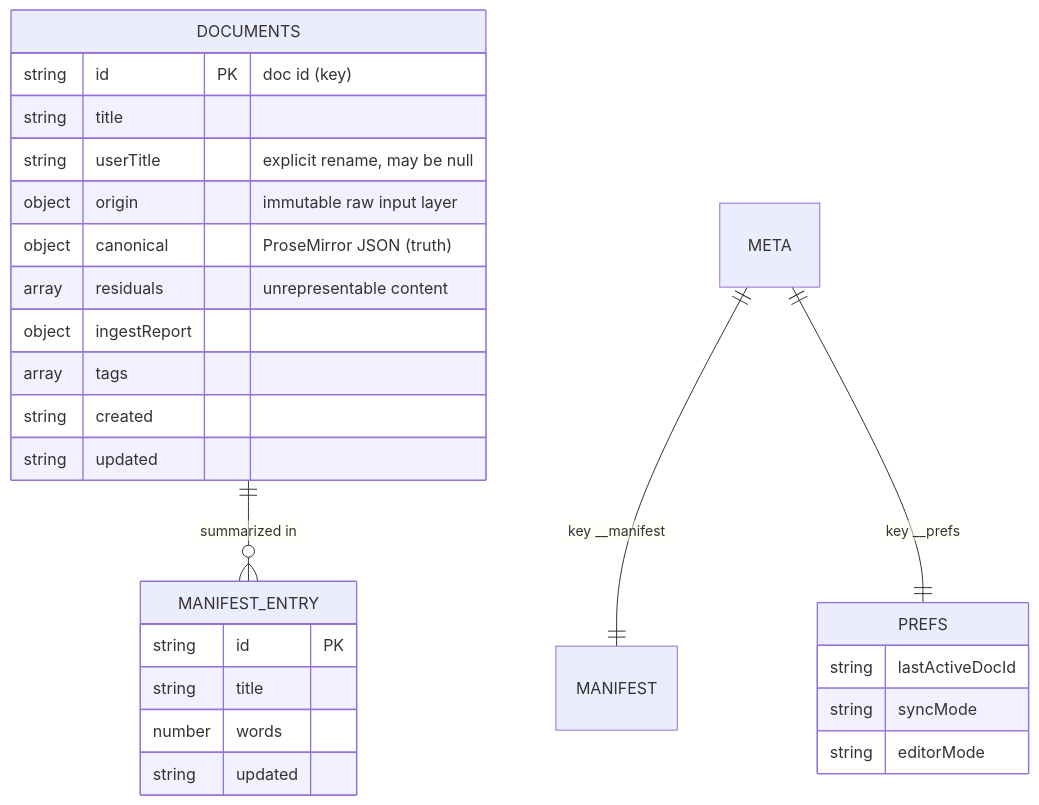
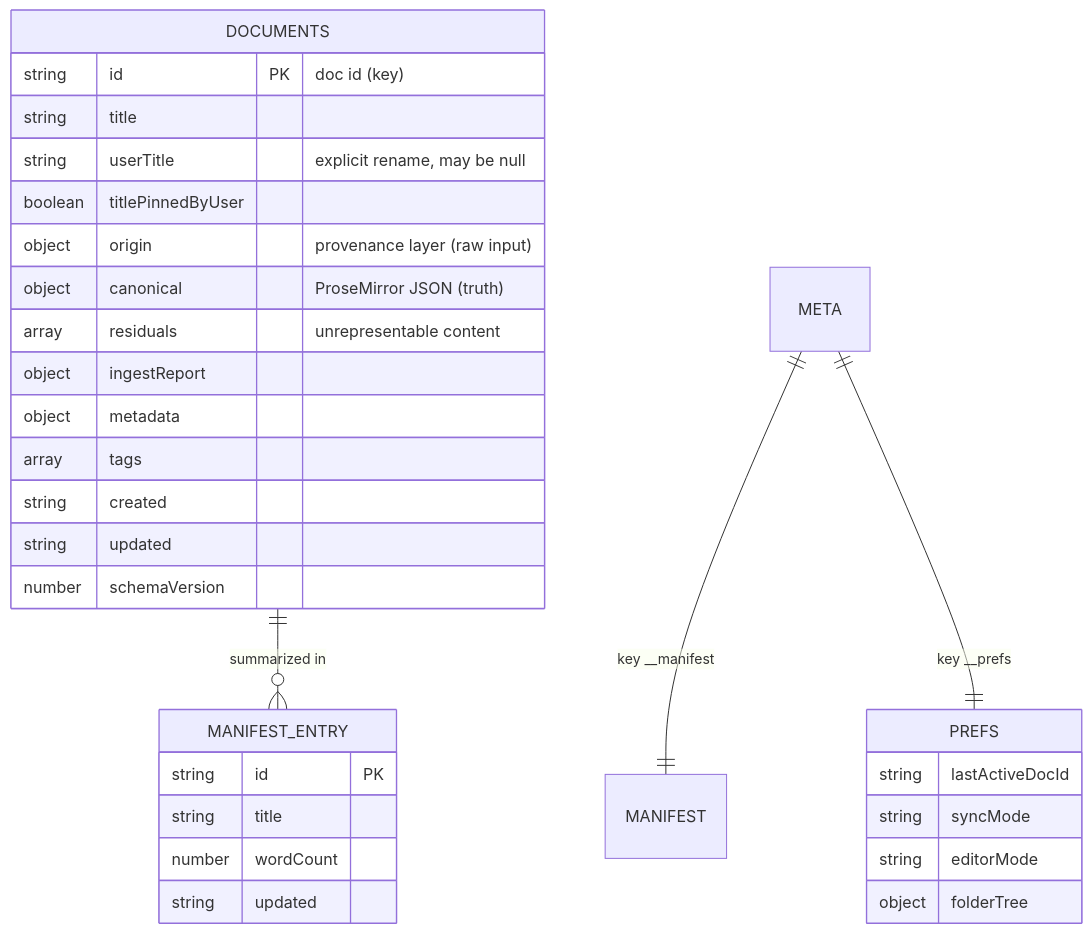
One commit to Perssonify/Markdown-Studio changed the diagram in docs/database.md. Above: the diagram before and after it, drawn with Mermaid. The commit also changed other lines of this file and 35 other files, not shown here.

````diff
--- a/docs/database.md
+++ b/docs/database.md
@@ -22,30 +22,34 @@
 ```mermaid
 erDiagram
     DOCUMENTS ||--o{ MANIFEST_ENTRY : "summarized in"
     META ||--|| MANIFEST : "key __manifest"
     META ||--|| PREFS : "key __prefs"
 
     DOCUMENTS {
         string id PK "doc id (key)"
         string title
         string userTitle "explicit rename, may be null"
-        object origin "immutable raw input layer"
+        boolean titlePinnedByUser
+        object origin "provenance layer (raw input)"
         object canonical "ProseMirror JSON (truth)"
         array residuals "unrepresentable content"
         object ingestReport
+        object metadata
         array tags
         string created
         string updated
+        number schemaVersion
     }
     MANIFEST_ENTRY {
         string id PK
         string title
-        number words
+        number wordCount
         string updated
     }
     PREFS {
         string lastActiveDocId
         string syncMode
         string editorMode
+        object folderTree
     }
 ```
````
